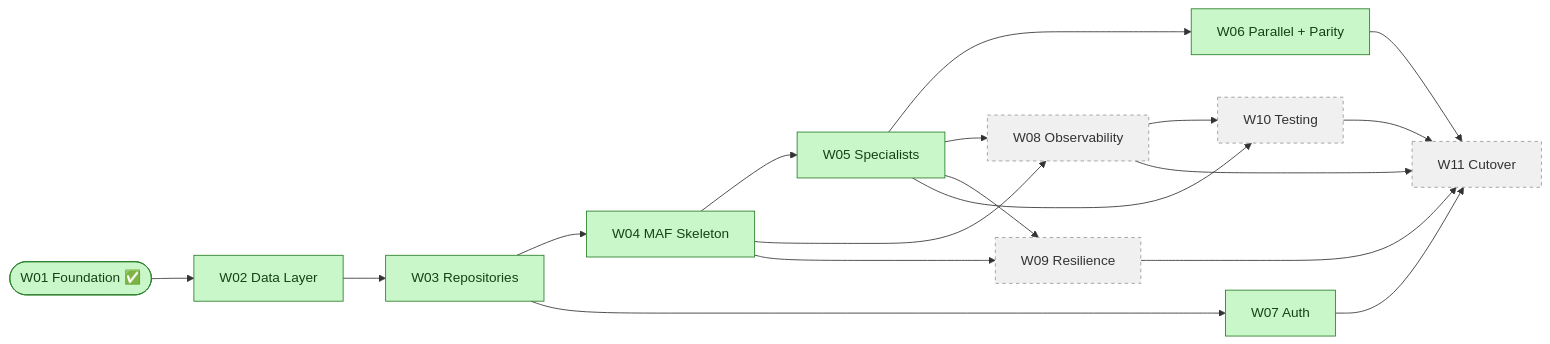
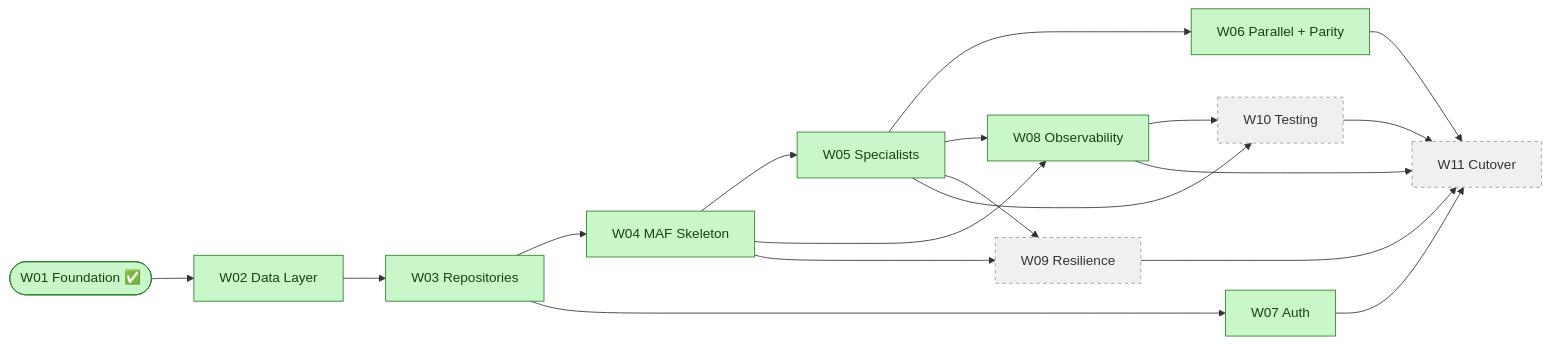
Before and after one commit to nandyap/EPG-MAF: the diagram in docs/workstreams/workstream-log.md, drawn with Mermaid. The commit also changed other lines of this file and 22 other files, not shown here.

````diff
--- a/docs/workstreams/workstream-log.md
+++ b/docs/workstreams/workstream-log.md
@@ -57,27 +57,28 @@
 ```mermaid
 flowchart LR
     W01([W01 Foundation ✅]) --> W02[W02 Data Layer]
     W02 --> W03[W03 Repositories]
     W03 --> W04[W04 MAF Skeleton]
     W04 --> W05[W05 Specialists]
     W05 --> W06[W06 Parallel + Parity]
     W03 --> W07[W07 Auth]
     W04 --> W08[W08 Observability]
     W05 --> W08
     W04 --> W09[W09 Resilience]
     W05 --> W09
     W05 --> W10[W10 Testing]
     W08 --> W10
     W06 & W07 & W08 & W09 & W10 --> W11[W11 Cutover]
 
     classDef done fill:#c9f7c9,stroke:#2a7f2a,color:#154315
     classDef pending fill:#f0f0f0,stroke:#999,stroke-dasharray:4 4
     class W01 done
     class W02 done
     class W03 done
     class W04 done
     class W05 done
     class W06 done
     class W07 done
-    class W08,W09,W10,W11 pending
+    class W08 done
+    class W09,W10,W11 pending
 ```
````
